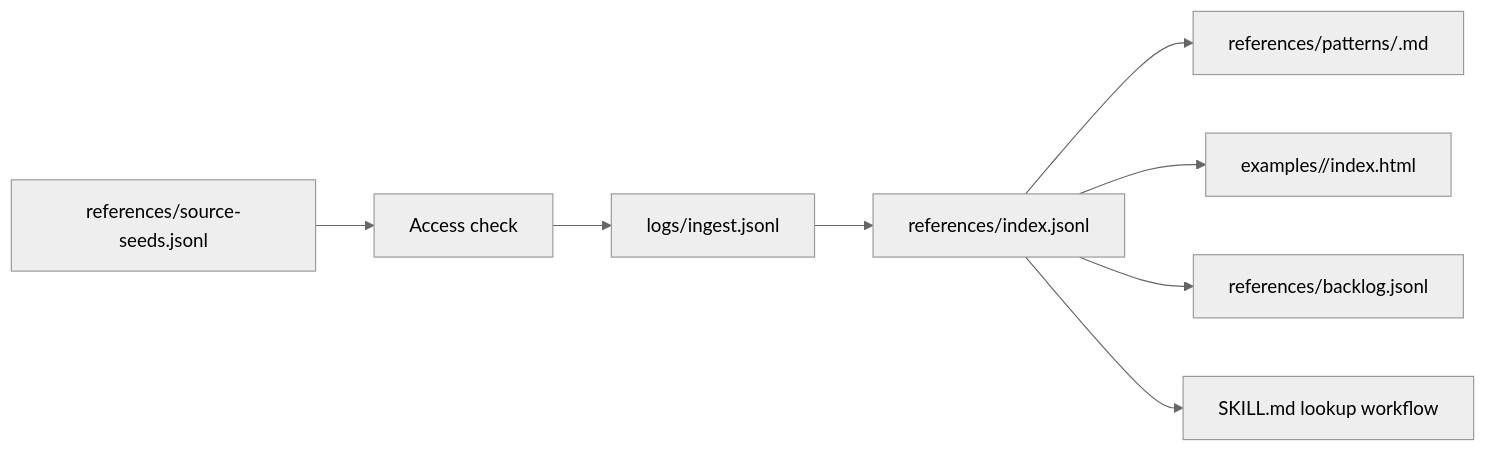
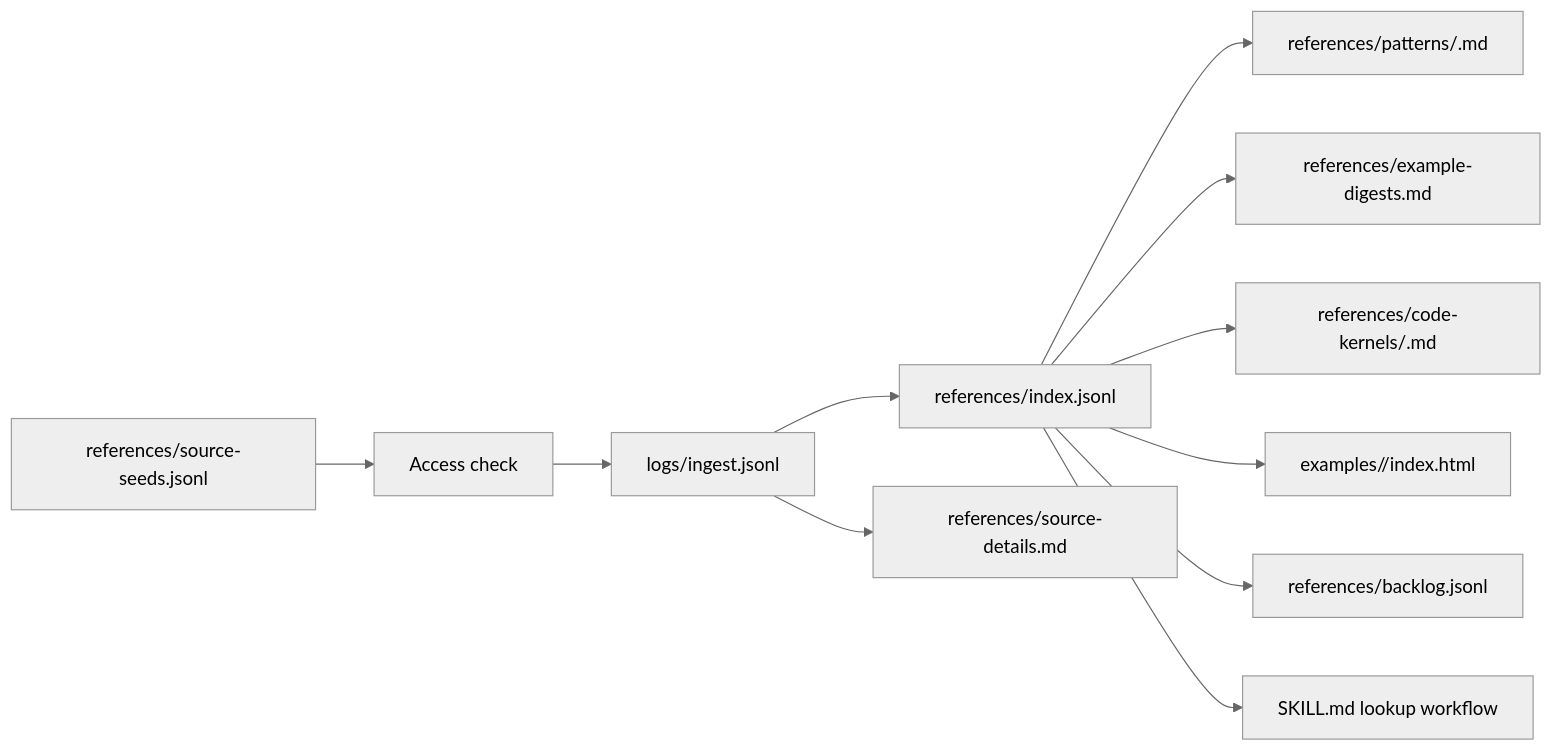
Before and after one commit to rjcnd105/hj-dotfiles: the diagram in docs/plans/2026-05-08-002-feat-modern-css-html-patterns-skill-plan.md, drawn with Mermaid (neutral theme). The commit also changed other lines of this file and 107 other files, not shown here.

````diff
--- a/docs/plans/2026-05-08-002-feat-modern-css-html-patterns-skill-plan.md
+++ b/docs/plans/2026-05-08-002-feat-modern-css-html-patterns-skill-plan.md
@@ -142,10 +147,13 @@
 ```mermaid
 flowchart LR
   Source[references/source-seeds.jsonl] --> Access[Access check]
   Access --> Record[logs/ingest.jsonl]
   Record --> Index[references/index.jsonl]
+  Record --> SourceDetails[references/source-details.md]
   Index --> Pattern[references/patterns/<slug>.md]
+  Index --> Digest[references/example-digests.md]
+  Index --> Kernel[references/code-kernels/<slug>.md]
   Index --> Example[examples/<slug>/index.html]
   Index --> Backlog[references/backlog.jsonl]
   Index --> Skill[SKILL.md lookup workflow]
 ```
````
